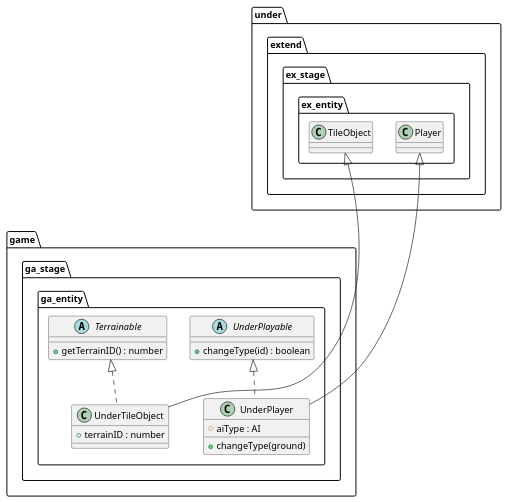
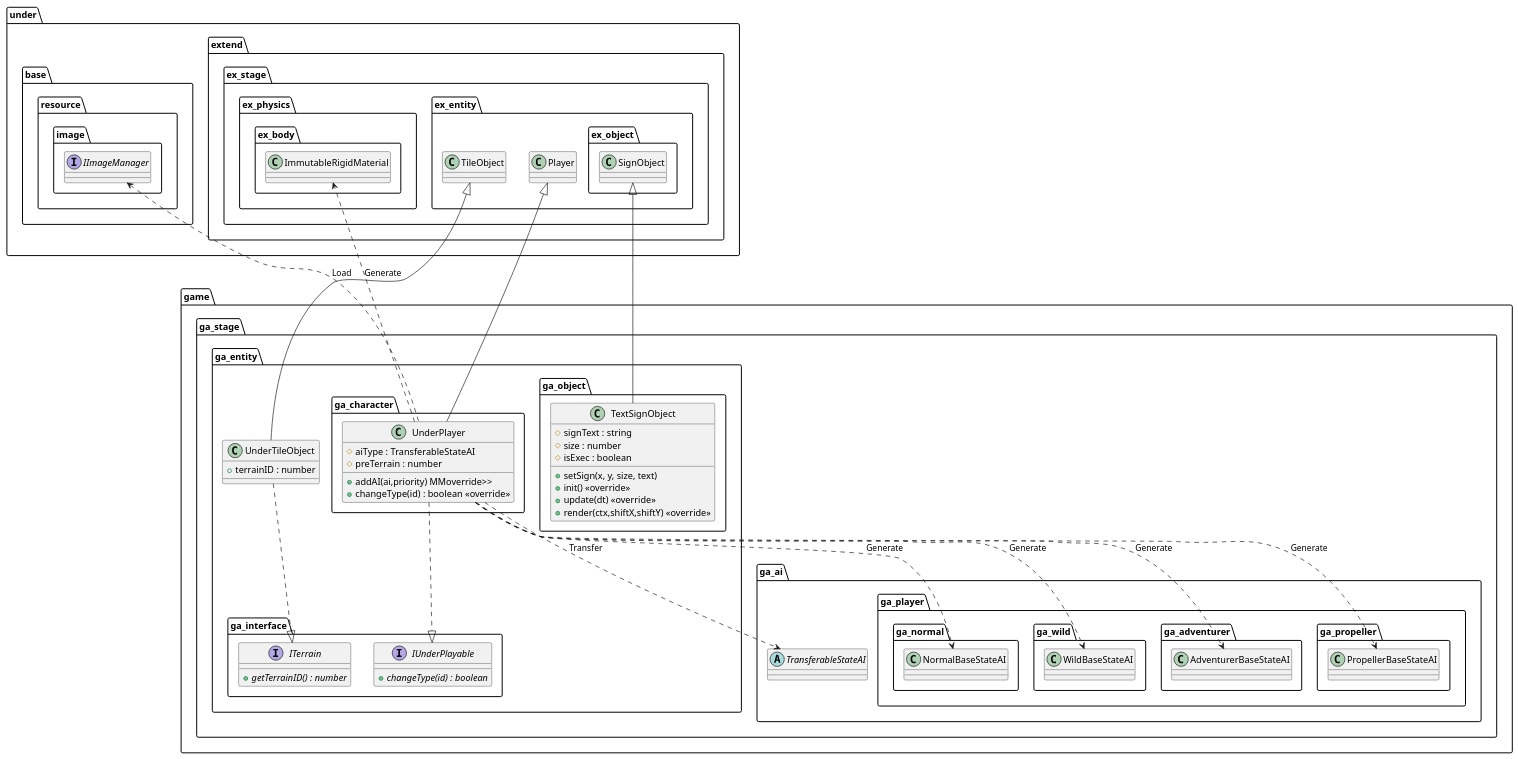
Before and after one commit to Expine/Under: the diagram in uml/entity/Game.wsd, drawn with PlantUML. The commit also changed 36 other files, not shown here.

Commit message:
Fix game entity, stage can create by ID

```diff
--- a/uml/entity/Game.wsd
+++ b/uml/entity/Game.wsd
@@ -1,38 +1,101 @@
 @startuml EntityGame
 package game {
     package ga_stage {
         package ga_entity {
-            class UnderPlayer {
-                #aiType : AI
-                +changeType(ground)
-            }
             class UnderTileObject {
                 +terrainID : number
             }
-            abstract UnderPlayable {
-                +changeType(id) : boolean
+            package ga_character {
+                class UnderPlayer {
+                    #aiType : TransferableStateAI
+                    #preTerrain : number
+                    +addAI(ai,priority) MMoverride>>
+                    +changeType(id) : boolean <<override>>
+                }
             }
-            abstract Terrainable {
-                +getTerrainID() : number
+            package ga_object {
+                class TextSignObject {
+                    #signText : string
+                    #size : number
+                    #isExec : boolean
+                    +setSign(x, y, size, text)
+                    +init() <<override>>
+                    +update(dt) <<override>>
+                    +render(ctx,shiftX,shiftY) <<override>>
+                }
+            }
+            package ga_interface {
+                interface ITerrain {
+                    {abstract} +getTerrainID() : number
+                }
+                interface IUnderPlayable {
+                    {abstract} +changeType(id) : boolean
+                }
             }
         }
     }
 }
 
 package under {
+    package base {
+        package resource {
+            package image {
+                interface IImageManager
+            }
+        }
+    }
     package extend {
         package ex_stage {
             package ex_entity {
                 class TileObject
                 class Player
+                package ex_object {
+                    class SignObject
+                }
+            }
+            package ex_physics {
+                package ex_body {
+                    class ImmutableRigidMaterial
+                }
+            }
+        }
+    }
+}
+package game {
+    package ga_stage {
+        package ga_ai {
+            abstract TransferableStateAI
+            package ga_player {
+                package ga_normal {
+                    class NormalBaseStateAI
+                }
+                package ga_wild {
+                    class WildBaseStateAI
+                }
+                package ga_adventurer {
+                    class AdventurerBaseStateAI
+                }
+                package ga_propeller {
+                    class PropellerBaseStateAI
+                }
             }
         }
     }
 }
 
-Player <|---- UnderPlayer
-UnderPlayable <|.. UnderPlayer
-TileObject <|---- UnderTileObject
-Terrainable <|.. UnderTileObject
+UnderPlayer ..> WildBaseStateAI : Generate
+UnderPlayer ..> NormalBaseStateAI : Generate
+UnderPlayer ..> AdventurerBaseStateAI : Generate
+UnderPlayer ..> PropellerBaseStateAI : Generate
+UnderPlayer ..> ImmutableRigidMaterial : Generate
+UnderPlayer ..> TransferableStateAI : Transfer
+IImageManager <.. UnderPlayer : Load
+
+Player <|-- UnderPlayer
+UnderPlayer ..|> IUnderPlayable
+TileObject <|-- UnderTileObject
+UnderTileObject ..|> ITerrain
+
+SignObject <|-- TextSignObject
 
 @enduml
```
